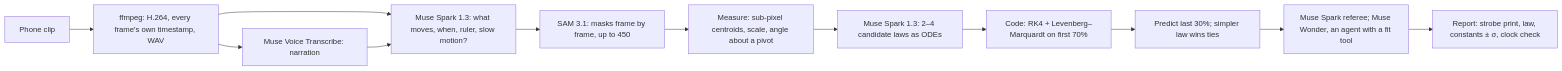
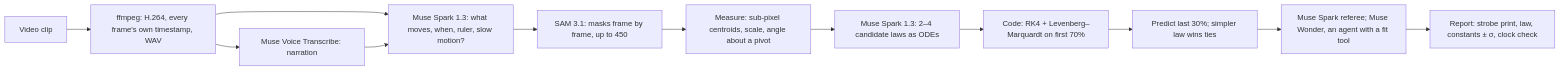
One commit to RohanGlitched/ansatz changed the diagram in README.md. Above: the diagram before and after it, drawn with Mermaid. The commit also changed other lines of this file and 4 other files, not shown here.

Commit message:
README leads with the results in brief; cost line matches the site; 'video clip' where no phone clip exists yet; the law-writing call never sees the video, said plainly; the four-fits note and the three Apollo figures labelled

````diff
--- a/README.md
+++ b/README.md
@@ -54,14 +61,14 @@
 ```mermaid
 flowchart LR
-  A[Phone clip] --> B[ffmpeg: H.264, every frame's own timestamp, WAV]
+  A[Video clip] --> B[ffmpeg: H.264, every frame's own timestamp, WAV]
   B --> C[Muse Voice Transcribe: narration]
   B --> D[Muse Spark 1.3: what moves, when, ruler, slow motion?]
   C --> D
   D --> E[SAM 3.1: masks frame by frame, up to 450]
   E --> F[Measure: sub-pixel centroids, scale, angle about a pivot]
   F --> G[Muse Spark 1.3: 2–4 candidate laws as ODEs]
   G --> H[Code: RK4 + Levenberg–Marquardt on first 70%]
   H --> I[Predict last 30%; simpler law wins ties]
   I --> J[Muse Spark referee; Muse Wonder, an agent with a fit tool]
   J --> K[Report: strobe print, law, constants ± σ, clock check]
 ```
````
